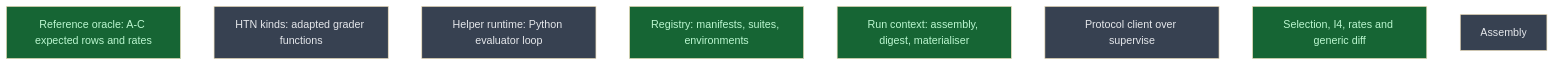
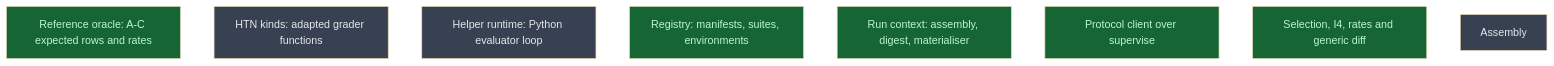
The diagram in __roadmap__/m2a-evaluation-parity/components/README.md (CrackingShells/Candler), drawn with Mermaid (base theme) before and after one commit. The commit also changed other lines of this file and 3 other files, not shown here.

First line of the commit message:
rdm(evaluation): report protocol_client and mark it done

````diff
--- a/__roadmap__/m2a-evaluation-parity/components/README.md
+++ b/__roadmap__/m2a-evaluation-parity/components/README.md
@@ -20,16 +20,16 @@
 ```mermaid
 graph TD
     reference_oracle[Reference oracle: A-C expected rows and rates]:::done
     htn_kinds[HTN kinds: adapted grader functions]:::planned
     helper_runtime[Helper runtime: Python evaluator loop]:::planned
     registry[Registry: manifests, suites, environments]:::done
     run_context[Run context: assembly, digest, materialiser]:::done
-    protocol_client[Protocol client over supervise]:::planned
+    protocol_client[Protocol client over supervise]:::done
     selection_rates[Selection, I4, rates and generic diff]:::done
     assembly[Assembly]:::planned
     classDef done       fill:#166534,color:#bbf7d0
     classDef inprogress fill:#854d0e,color:#fef08a
     classDef planned    fill:#374151,color:#e5e7eb
     classDef amendment  fill:#1e3a5f,color:#bfdbfe
     classDef blocked    fill:#7f1d1d,color:#fecaca
 ```
````
